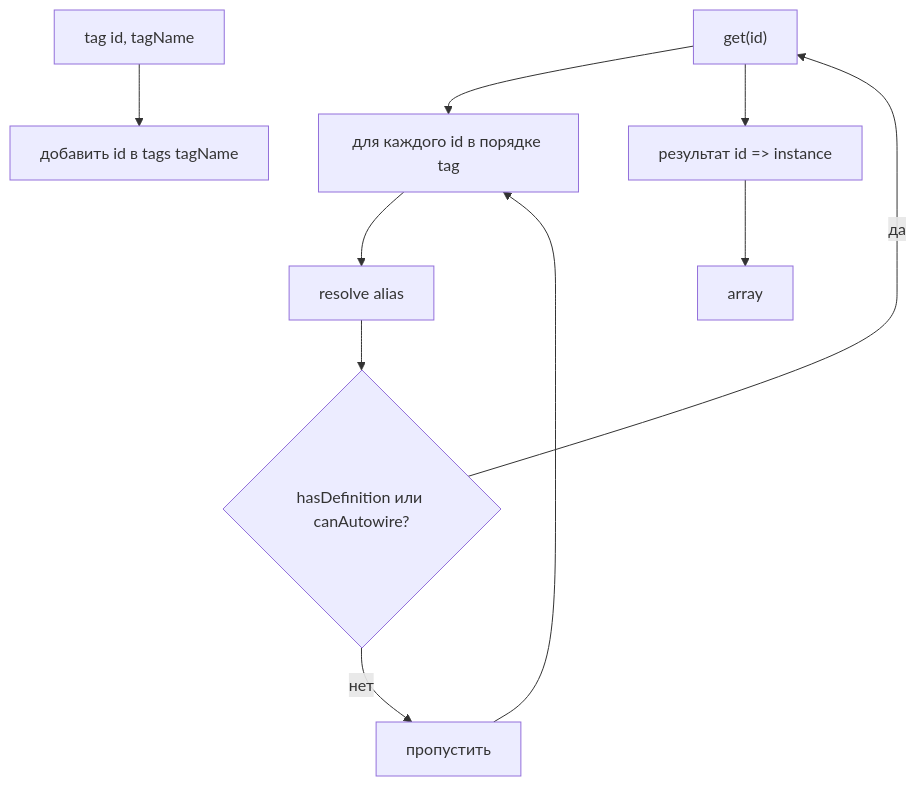
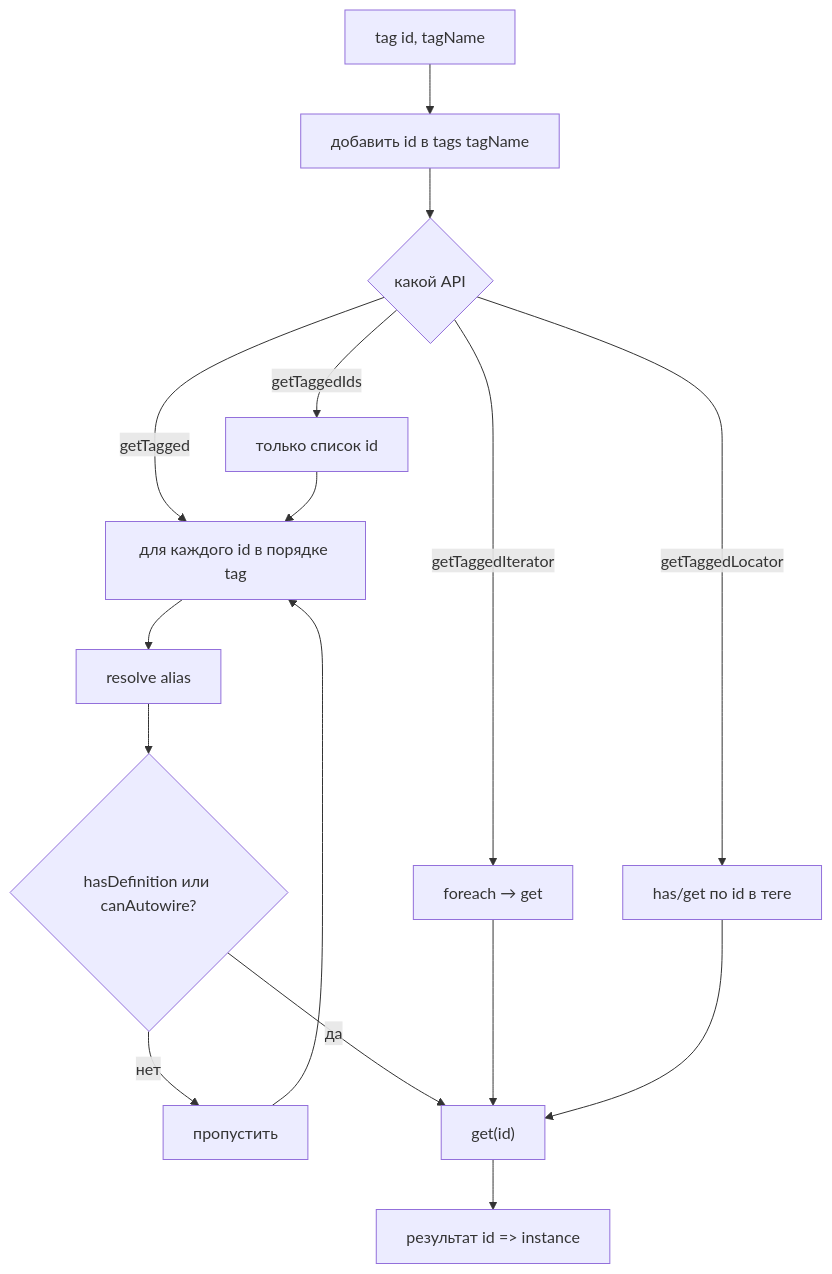
Diagram 12 of 22 in wiki/Architecture.md (cloudcastle-apps/di), drawn with Mermaid before and after one commit. The commit also changed other lines of this file and 92 other files, not shown here.

````diff
--- a/wiki/Architecture.md
+++ b/wiki/Architecture.md
@@ -322,12 +400,18 @@
 ```mermaid
 flowchart TD
     Tag[tag id, tagName] --> List[добавить id в tags tagName]
-    Get[getTagged tagName] --> Loop[для каждого id в порядке tag]
+    List --> API{какой API}
+    API -->|getTagged| Loop[для каждого id в порядке tag]
+    API -->|getTaggedIds| Ids[только список id]
+    API -->|getTaggedIterator| Iter[foreach → get]
+    API -->|getTaggedLocator| Loc[has/get по id в теге]
     Loop --> ResolveAlias[resolve alias]
     ResolveAlias --> Check{hasDefinition или canAutowire?}
     Check -->|нет| Skip[пропустить]
     Check -->|да| Get["get(id)"]
     Get --> Map[результат id => instance]
     Skip --> Loop
-    Map --> Return[array]
+    Ids --> Loop
+    Iter --> Get
+    Loc --> Get
 ```
````
